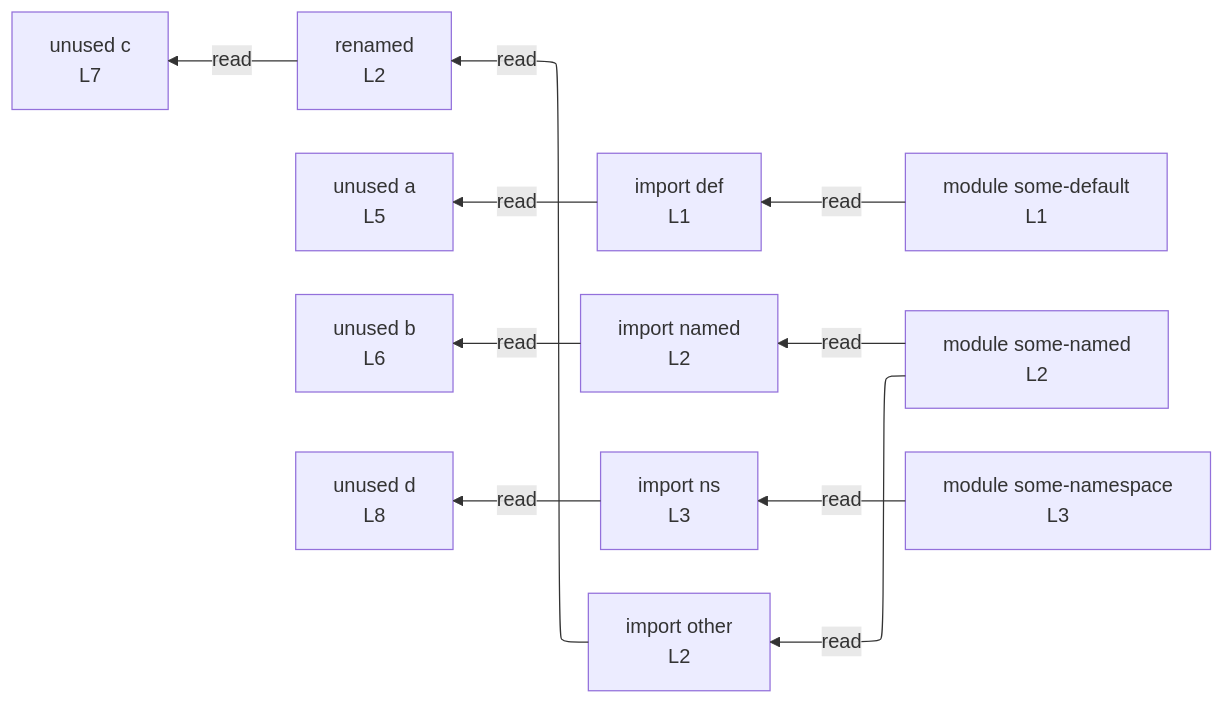
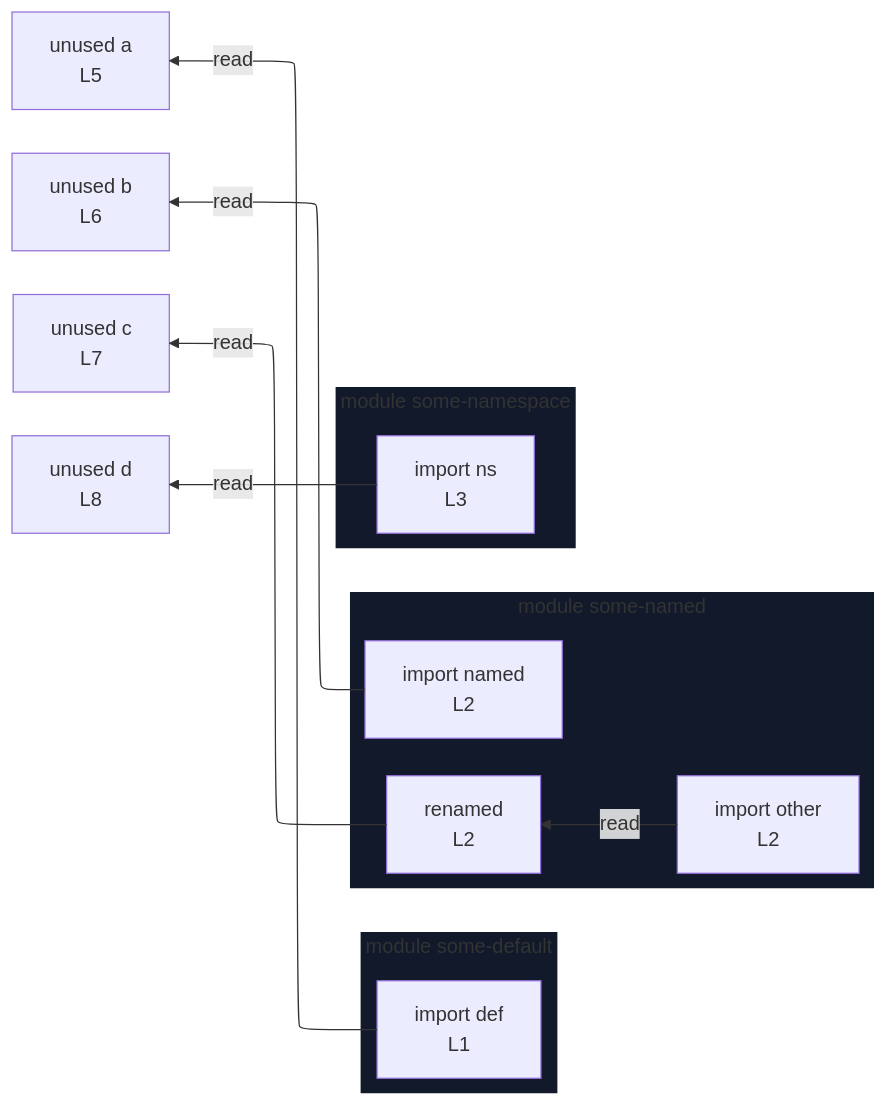
One commit to crescware/unsnarl changed the diagram in integration/fixtures/imports/mixed-forms/preview.md. Above: the diagram before and after it, drawn with Mermaid. The commit also changed 153 other files, not shown here.

First line of the commit message:
Render import sources as module subgraphs instead of module nodes

````diff
--- a/integration/fixtures/imports/mixed-forms/preview.md
+++ b/integration/fixtures/imports/mixed-forms/preview.md
@@ -18,25 +18,31 @@
 ```mermaid
 %%{init: {"flowchart": {"defaultRenderer": "elk"}}}%%
 flowchart RL
-  n_scope_0_def_7["import def<br/>L1"]
-  n_scope_0_named_41["import named<br/>L2"]
-  n_scope_0_renamed_57["renamed<br/>L2"]
-  n_scope_0_ns_98["import ns<br/>L3"]
   n_scope_0_a_131["unused a<br/>L5"]
   n_scope_0_b_146["unused b<br/>L6"]
   n_scope_0_c_163["unused c<br/>L7"]
   n_scope_0_d_182["unused d<br/>L8"]
+  subgraph sg_some_default["module some-default"]
+    direction RL
+    n_scope_0_def_7["import def<br/>L1"]
+  end
+  subgraph sg_some_named["module some-named"]
+    direction RL
+    n_scope_0_named_41["import named<br/>L2"]
+    import_some_named__other["import other<br/>L2"]
+    n_scope_0_renamed_57["renamed<br/>L2"]
+  end
+  subgraph sg_some_namespace["module some-namespace"]
+    direction RL
+    n_scope_0_ns_98["import ns<br/>L3"]
+  end
   n_scope_0_def_7 -->|read| n_scope_0_a_131
   n_scope_0_named_41 -->|read| n_scope_0_b_146
   n_scope_0_renamed_57 -->|read| n_scope_0_c_163
   n_scope_0_ns_98 -->|read| n_scope_0_d_182
-  mod_some_default["module some-default<br/>L1"]
-  mod_some_named["module some-named<br/>L2"]
-  mod_some_namespace["module some-namespace<br/>L3"]
-  import_some_named__other["import other<br/>L2"]
-  mod_some_default -->|read| n_scope_0_def_7
-  mod_some_named -->|read| n_scope_0_named_41
-  mod_some_named -->|read| import_some_named__other
   import_some_named__other -->|read| n_scope_0_renamed_57
-  mod_some_namespace -->|read| n_scope_0_ns_98
+  classDef nestL1 fill:#11192a,stroke:transparent;
+  class sg_some_default nestL1;
+  class sg_some_named nestL1;
+  class sg_some_namespace nestL1;
 ```
````
